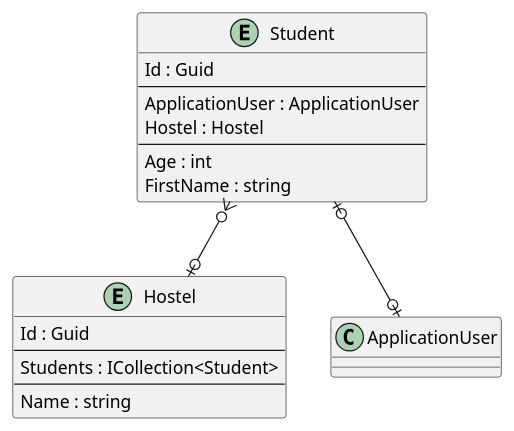
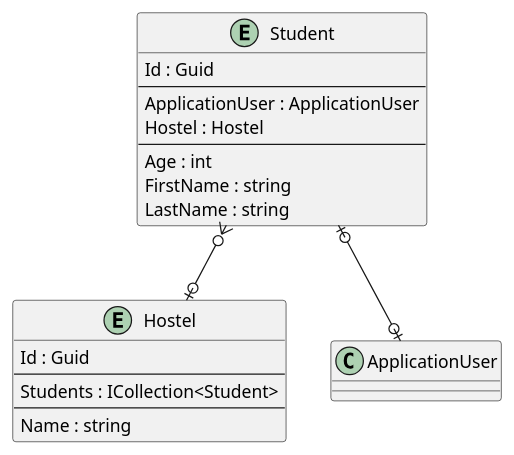
One commit to intrepion/https-code-maze.com-csharp-create-better-looking-console-applications-with-spectre-console- changed the diagram in .docs/HostelStudents.pu. Above: the diagram before and after it, drawn with PlantUML.

Commit message:
gawk -i inplace "{ gsub(/' StudentPropertyCodePlaceholder/, \"LastName : string\n\ \ \ \ ' StudentPropertyCodePlaceholder\") }; { print }" .docs/HostelStudents.pu

```diff
--- a/.docs/HostelStudents.pu
+++ b/.docs/HostelStudents.pu
@@ -1,31 +1,32 @@
 @startuml
 
 entity Hostel {
     Id : Guid
     --
     Students : ICollection<Student>
     ' HostelKeyCodePlaceholder
     --
     Name : string
     ' HostelPropertyCodePlaceholder
 }
 
 entity Student {
     Id : Guid
     --
     ApplicationUser : ApplicationUser
     Hostel : Hostel
     ' StudentKeyCodePlaceholder
     --
     Age : int
     FirstName : string
+    LastName : string
     ' StudentPropertyCodePlaceholder
 }
 
 ' EntityCodePlaceholder
 
 Student |o--o| ApplicationUser
 Student }o--o| Hostel
 ' RelationshipCodePlaceholder
 
 @enduml
```
